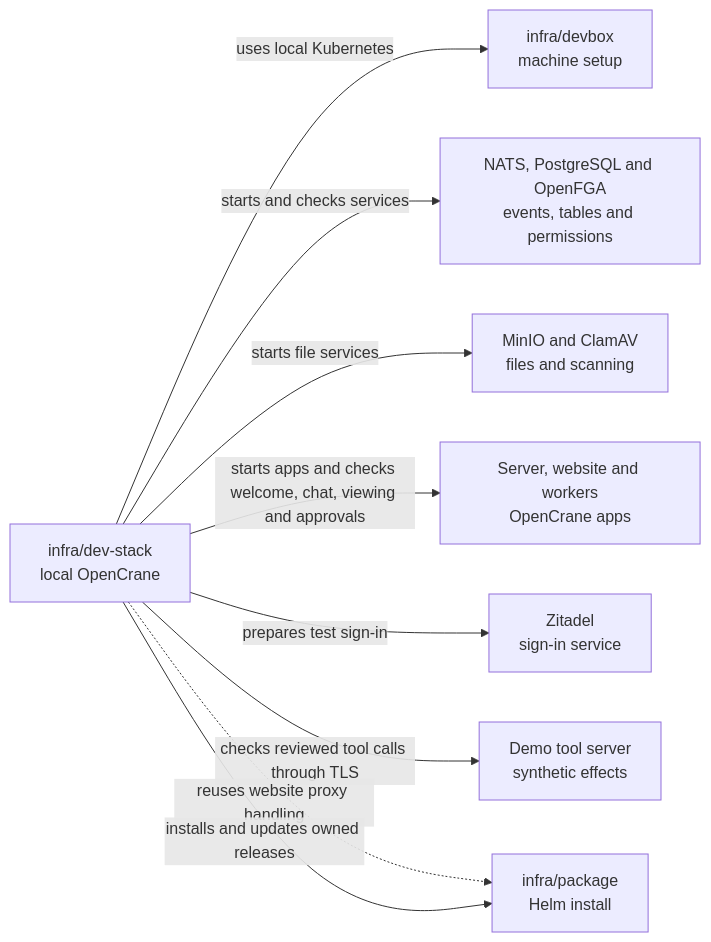
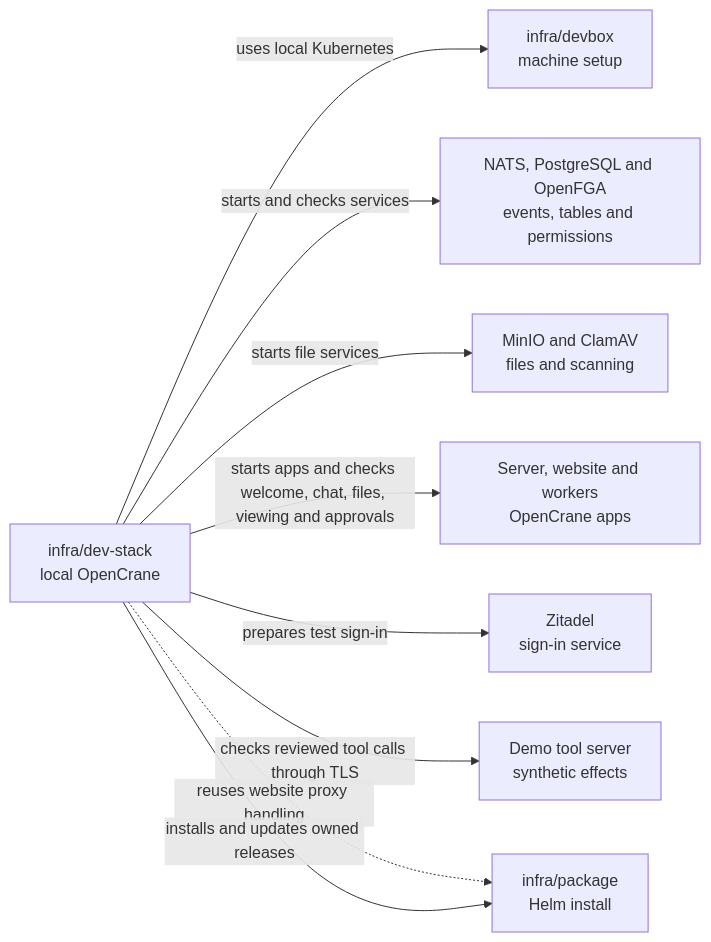
The diagram in infra/dev-stack/README.md (elewa-git/opencrane-new), drawn with Mermaid before and after one commit. The commit also changed other lines of this file and 45 other files, not shown here.

````diff
--- a/infra/dev-stack/README.md
+++ b/infra/dev-stack/README.md
@@ -23,11 +23,11 @@
 ```mermaid
 flowchart LR
   stack["infra/dev-stack<br/>local OpenCrane"] -->|uses local Kubernetes| devbox["infra/devbox<br/>machine setup"]
   stack -->|starts and checks services| services["NATS, PostgreSQL and OpenFGA<br/>events, tables and permissions"]
   stack -->|starts file services| files["MinIO and ClamAV<br/>files and scanning"]
-  stack -->|starts apps and checks welcome, chat, viewing and approvals| apps["Server, website and workers<br/>OpenCrane apps"]
+  stack -->|starts apps and checks welcome, chat, files, viewing and approvals| apps["Server, website and workers<br/>OpenCrane apps"]
   stack -->|prepares test sign-in| zitadel["Zitadel<br/>sign-in service"]
   stack -->|checks reviewed tool calls through TLS| demo["Demo tool server<br/>synthetic effects"]
   stack -.->|reuses website proxy handling| package
   stack -->|installs and updates owned releases| package["infra/package<br/>Helm install"]
 ```
````
